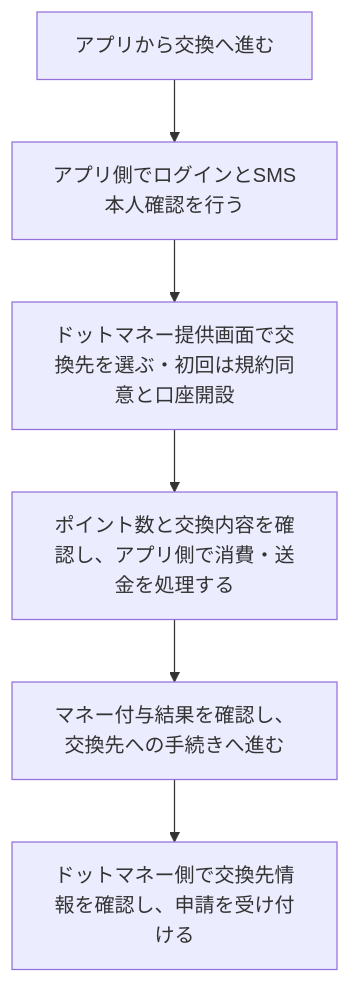
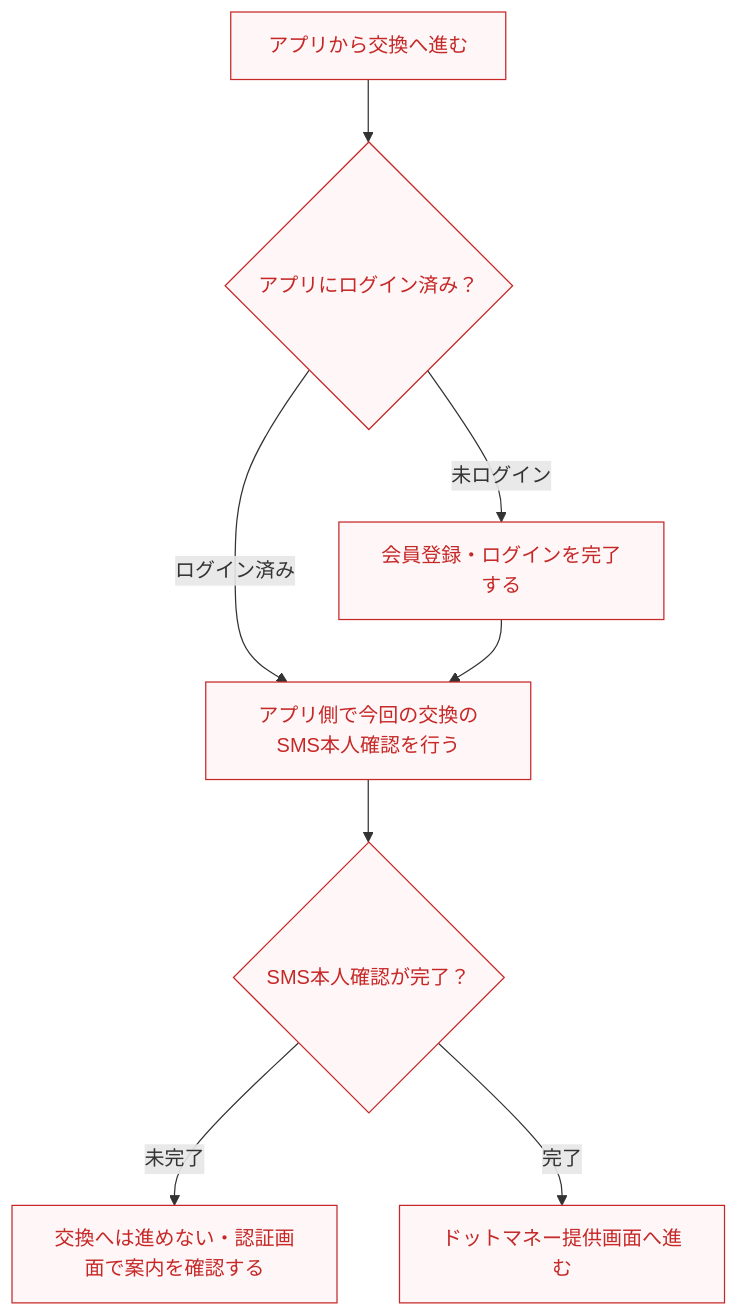
The diagram in docs/prd/features/F13-point-exchange.md (Min-Thu-Khant/pochipo-mock-en), drawn with Mermaid before and after one commit. The commit also changed other lines of this file, not shown here.

````diff
--- a/docs/prd/features/F13-point-exchange.md
+++ b/docs/prd/features/F13-point-exchange.md
@@ -58,14 +61,19 @@
 ```mermaid
 flowchart TD
   A0["アプリから交換へ進む"]
-  A1["アプリ側でログインとSMS本人確認を行う"]
-  A2["ドットマネー提供画面で交換先を選ぶ・初回は規約同意と口座開設"]
-  A3["ポイント数と交換内容を確認し、アプリ側で消費・送金を処理する"]
-  A4["マネー付与結果を確認し、交換先への手続きへ進む"]
-  A5["ドットマネー側で交換先情報を確認し、申請を受け付ける"]
-  A0 --> A1
-  A1 --> A2
-  A2 --> A3
-  A3 --> A4
-  A4 --> A5
+  L0{"アプリにログイン済み？"}
+  L1["会員登録・ログインを完了する"]
+  A1["アプリ側で今回の交換のSMS本人確認を行う"]
+  S0{"SMS本人確認が完了？"}
+  S1["交換へは進めない・認証画面で案内を確認する"]
+  A2["ドットマネー提供画面へ進む"]
+  A0 --> L0
+  L0 -->|未ログイン| L1
+  L0 -->|ログイン済み| A1
+  L1 --> A1
+  A1 --> S0
+  S0 -->|未完了| S1
+  S0 -->|完了| A2
+  classDef review color:#c62828,stroke:#c62828,fill:#fff7f7;
+  class A0,L0,L1,A1,S0,S1,A2 review;
 ```
````
